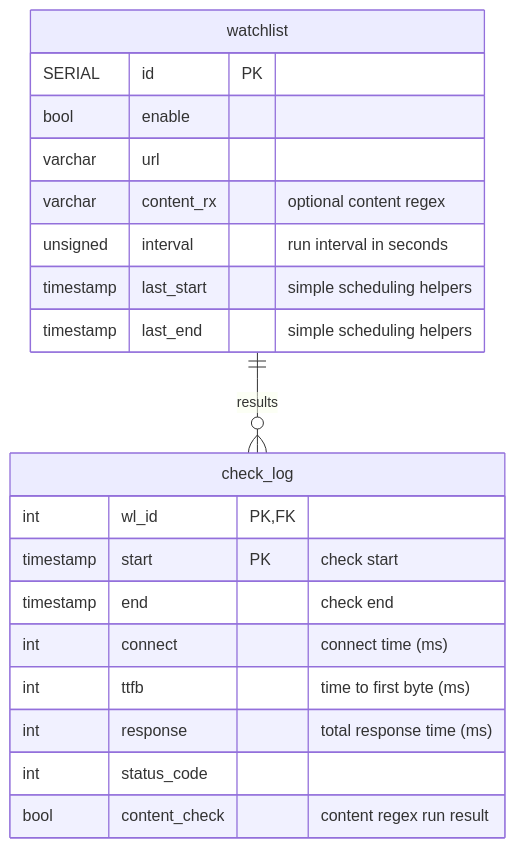
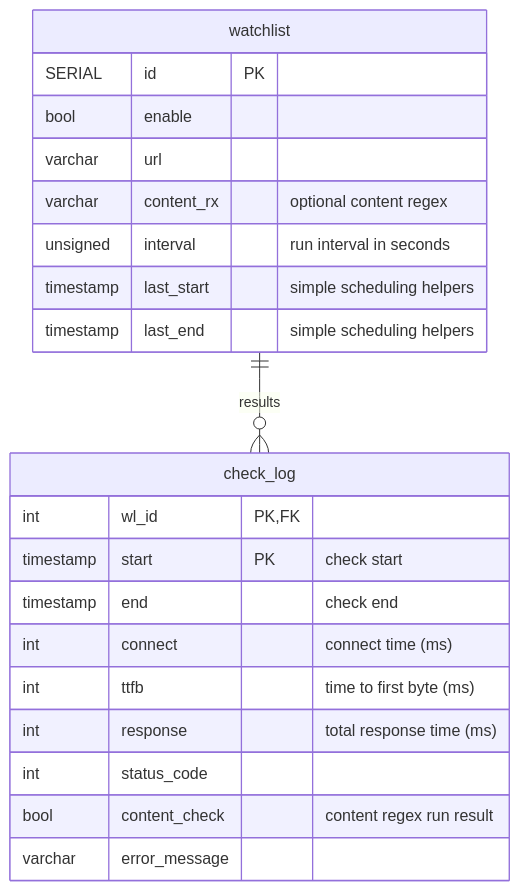
The diagram in README.md (dmig/simple-url-monitor), drawn with Mermaid before and after one commit. The commit also changed other lines of this file and 1 other file, not shown here.

Commit message:
handle request exceptions; add `error_message` to the returned result

````diff
--- a/README.md
+++ b/README.md
@@ -5,23 +5,24 @@
 ```mermaid
 erDiagram
     watchlist {
         SERIAL id PK
         bool enable
         varchar url
         varchar content_rx "optional content regex"
         unsigned interval "run interval in seconds"
         timestamp last_start "simple scheduling helpers"
         timestamp last_end "simple scheduling helpers"
     }
     check_log {
         int wl_id PK, FK
         timestamp start PK "check start"
         timestamp end "check end"
         int connect "connect time (ms)"
         int ttfb "time to first byte (ms)"
         int response "total response time (ms)"
         int status_code
         bool content_check "content regex run result"
+        varchar error_message
     }
     watchlist ||--o{ check_log : results
 ```
````
